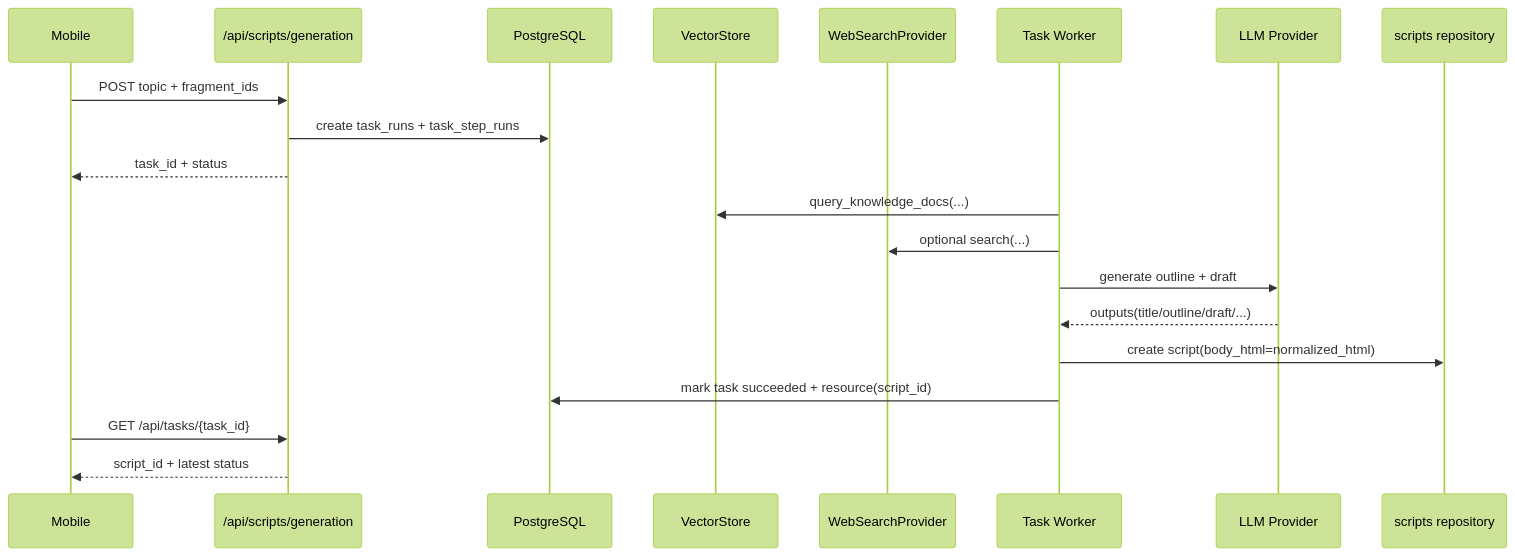
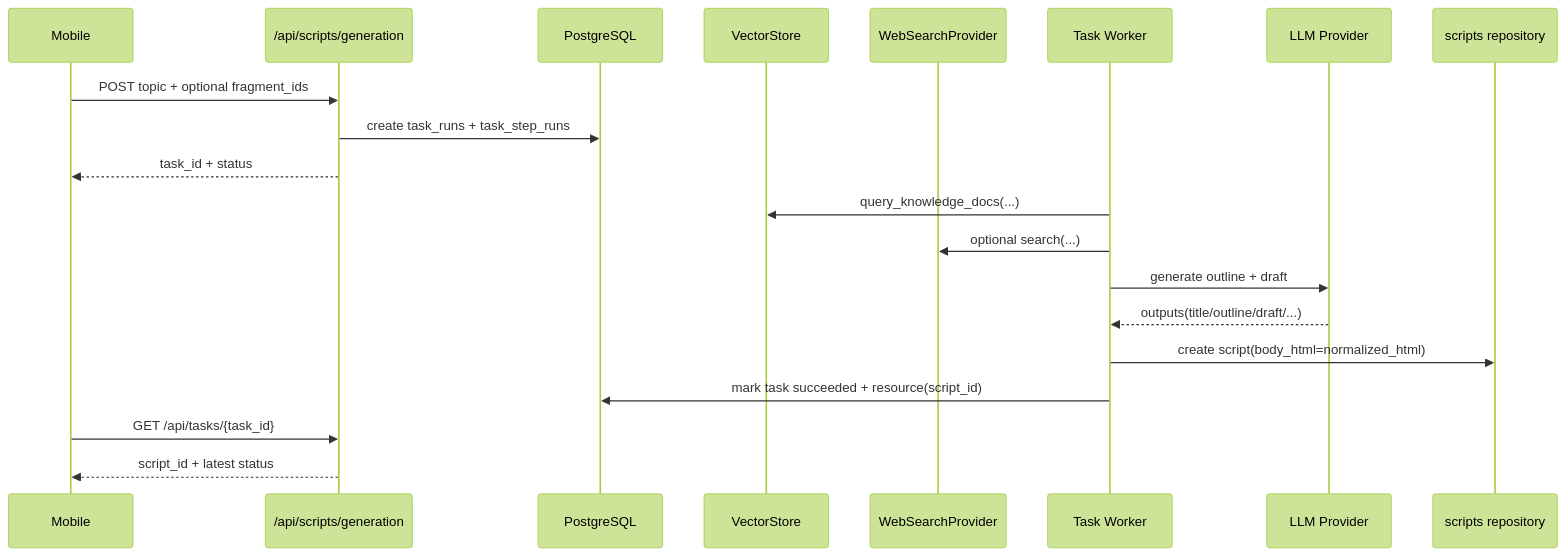
Before and after one commit to YCZA2/SparkFlow: the seventh of 10 diagrams in memory-bank/architecture.md, drawn with Mermaid (forest theme). The commit also changed other lines of this file and 10 other files, not shown here.

````diff
--- a/memory-bank/architecture.md
+++ b/memory-bank/architecture.md
@@ -531,23 +531,23 @@
 ```mermaid
 sequenceDiagram
     participant App as Mobile
     participant API as /api/scripts/generation
     participant DB as PostgreSQL
     participant VDB as VectorStore
     participant WEB as WebSearchProvider
     participant TASK as Task Worker
     participant LLM as LLM Provider
     participant SCRIPT as scripts repository
 
-    App->>API: POST topic + fragment_ids
+    App->>API: POST topic + optional fragment_ids
     API->>DB: create task_runs + task_step_runs
     API-->>App: task_id + status
     TASK->>VDB: query_knowledge_docs(...)
     TASK->>WEB: optional search(...)
     TASK->>LLM: generate outline + draft
     LLM-->>TASK: outputs(title/outline/draft/...)
     TASK->>SCRIPT: create script(body_html=normalized_html)
     TASK->>DB: mark task succeeded + resource(script_id)
     App->>API: GET /api/tasks/{task_id}
     API-->>App: script_id + latest status
 ```
````
